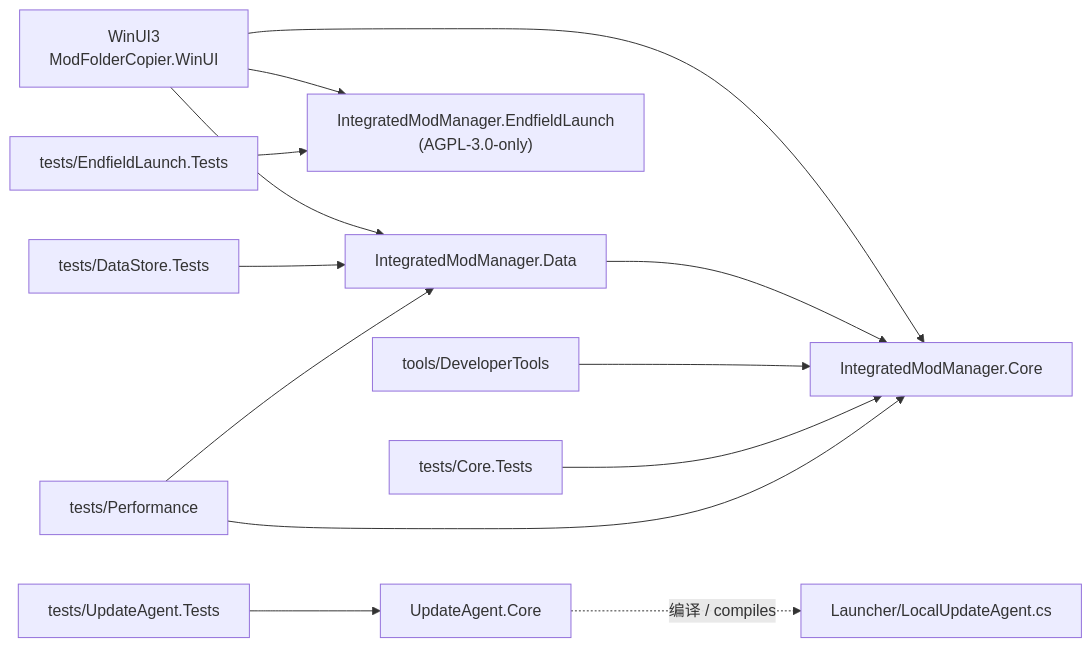
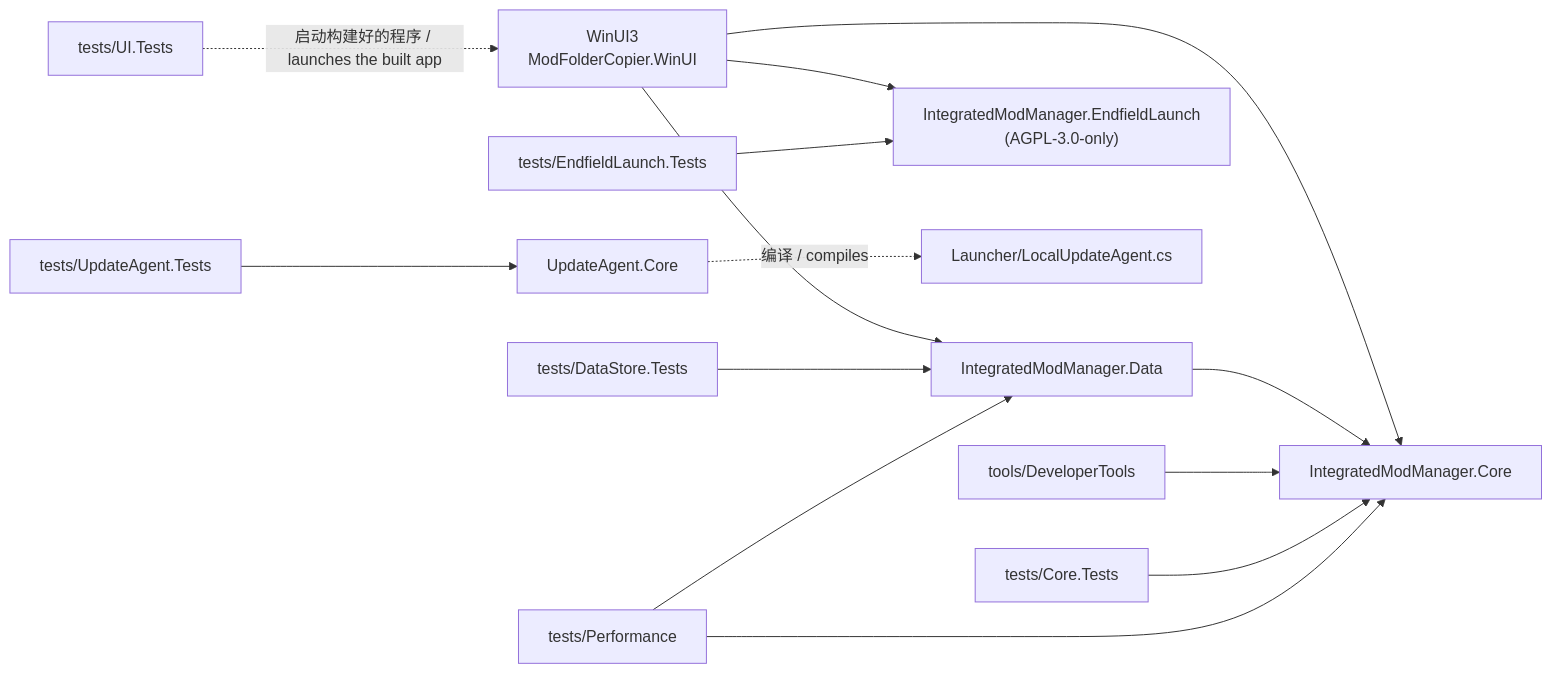
Before and after one commit to uyujkk/Integrated_Mod_Manager: the first of 3 diagrams in docs/development/Software-Structure.md, drawn with Mermaid. The commit also changed other lines of this file and 16 other files, not shown here.

````diff
--- a/docs/development/Software-Structure.md
+++ b/docs/development/Software-Structure.md
@@ -46,15 +47,16 @@
 ```mermaid
 flowchart LR
   WinUI["WinUI3<br/>ModFolderCopier.WinUI"] --> Core["IntegratedModManager.Core"]
   WinUI --> Data["IntegratedModManager.Data"]
   WinUI --> Launch["IntegratedModManager.EndfieldLaunch<br/>(AGPL-3.0-only)"]
   Data --> Core
   Agent["UpdateAgent.Core"] -. "编译 / compiles" .-> AgentSrc["Launcher/LocalUpdateAgent.cs"]
   Tools["tools/DeveloperTools"] --> Core
   CoreTests["tests/Core.Tests"] --> Core
   DataTests["tests/DataStore.Tests"] --> Data
   AgentTests["tests/UpdateAgent.Tests"] --> Agent
   LaunchTests["tests/EndfieldLaunch.Tests"] --> Launch
   Perf["tests/Performance"] --> Core
+  UiTests["tests/UI.Tests"] -. "启动构建好的程序 / launches the built app" .-> WinUI
   Perf --> Data
 ```
````
